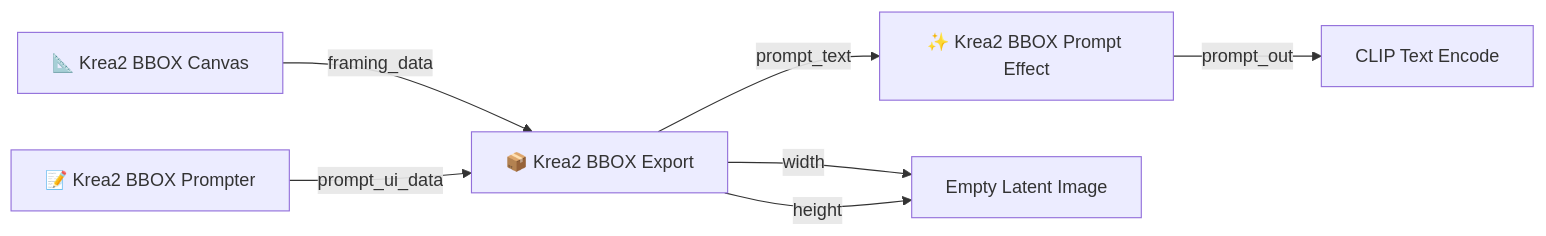
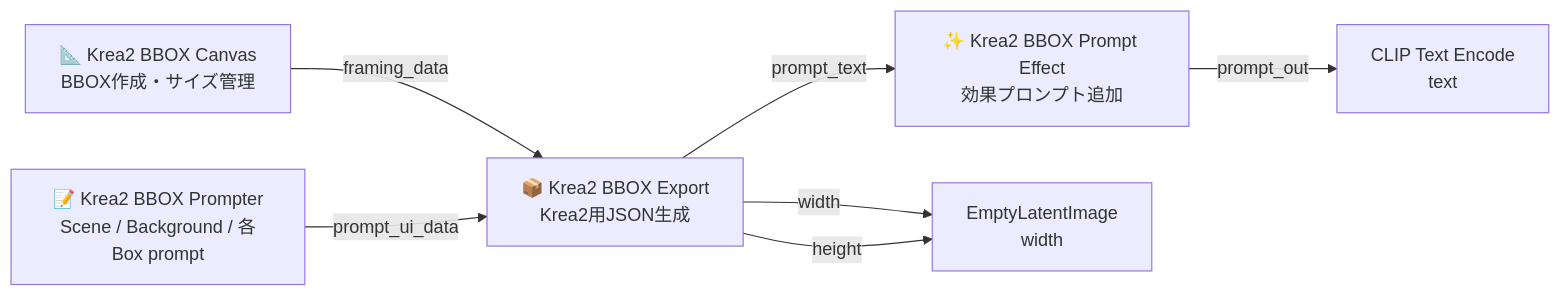
The second of 2 diagrams in README.md (ukr8b3g-cmyk/Krea2-BBOX-Prompter), drawn with Mermaid before and after one commit. The commit also changed other lines of this file and 1 other file, not shown here.

Commit message:
Update bilingual README and hide legacy effect node

````diff
--- a/README.md
+++ b/README.md
@@ -40,9 +958,9 @@
 ```mermaid
 flowchart LR
-    Canvas[📐 Krea2 BBOX Canvas] -->|framing_data| Export[📦 Krea2 BBOX Export]
-    Prompter[📝 Krea2 BBOX Prompter] -->|prompt_ui_data| Export
-    Export -->|prompt_text| Effect[✨ Krea2 BBOX Prompt Effect]
-    Effect -->|prompt_out| CLIP[CLIP Text Encode]
-    Export -->|width| Latent[Empty Latent Image]
-    Export -->|height| Latent
+    A["📐 Krea2 BBOX Canvas<br/>BBOX作成・サイズ管理"] -->|framing_data| C["📦 Krea2 BBOX Export<br/>Krea2用JSON生成"]
+    B["📝 Krea2 BBOX Prompter<br/>Scene / Background / 各Box prompt"] -->|prompt_ui_data| C
+    C -->|prompt_text| D["✨ Krea2 BBOX Prompt Effect<br/>効果プロンプト追加"]
+    D -->|prompt_out| E["CLIP Text Encode<br/>text"]
+    C -->|width| F["EmptyLatentImage<br/>width"]
+    C -->|height| F
 ```
````
